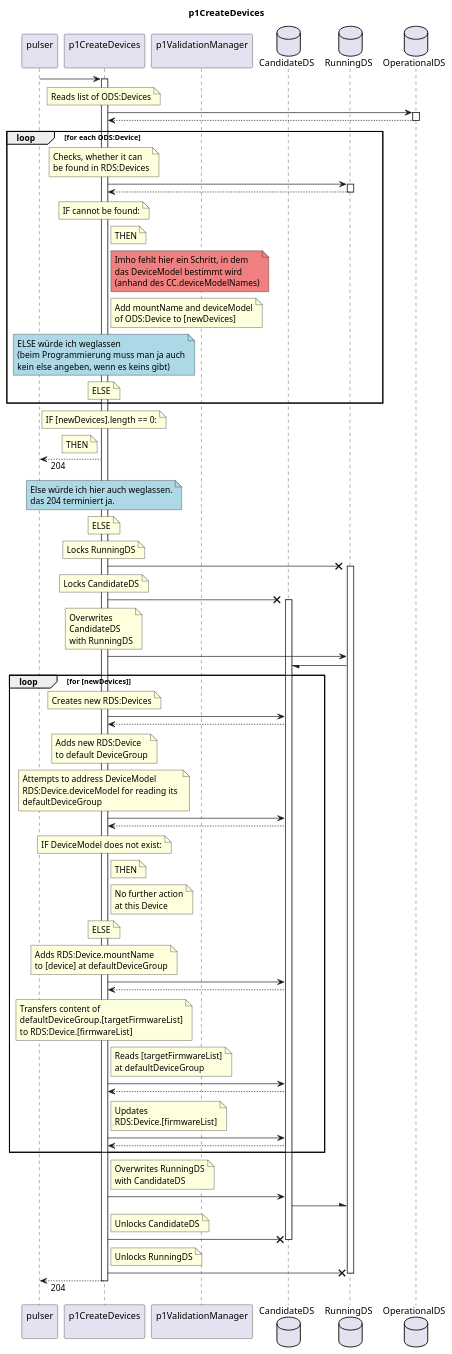
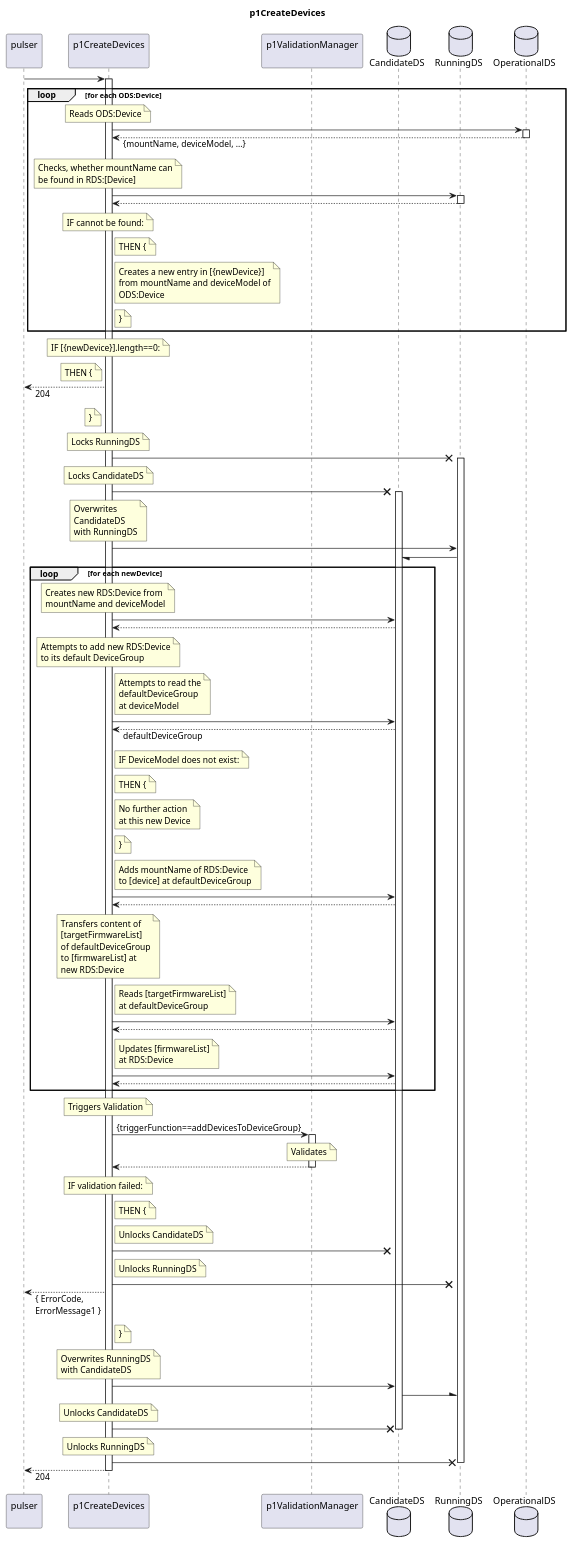
Before and after one commit to openBackhaul/FirmWareManager: the diagram in spec/Functions/Interpretation/p1CreateDevices/1.0.0/p1CreateDevices.plantuml, drawn with PlantUML. The commit also changed 36 other files, not shown here.

Commit message:
Finalize sequence diagrams of interpretation functions

```diff
--- a/spec/Functions/Interpretation/p1CreateDevices/1.0.0/p1CreateDevices.plantuml
+++ b/spec/Functions/Interpretation/p1CreateDevices/1.0.0/p1CreateDevices.plantuml
@@ -1,178 +1,187 @@
 @startuml p1CreateDevices
 skinparam responseMessageBelowArrow true
 
 title
   p1CreateDevices
 end title
 
-participant "pulser\n" as pulser
-participant "p1CreateDevices\n" as cur
+participant "pulser\n" as requestor
+participant "p1CreateDevices\n" as indServ
 participant "p1ValidationManager\n" as valiMan
 database "CandidateDS" as CanDS
 database "RunningDS" as RunDS
 database "OperationalDS" as OpDS
 
+requestor -> indServ
+activate indServ
 
-pulser -> cur
-activate cur
-
-  ' Read devices from ODS
-  note over cur
-    Reads list of ODS:Devices
-  end note
-  cur -> OpDS
-  activate OpDS
-  cur <-- OpDS
-  deactivate OpDS
-
-
-  ' Loop over ODS devices, add them to [newDevices]
   loop for each ODS:Device
-    note over cur
-      Checks, whether it can
-      be found in RDS:Devices
+    note over indServ
+      Reads ODS:Device
     end note
-    cur -> RunDS
+    indServ -> OpDS
+    activate OpDS
+    indServ <-- OpDS: {mountName, deviceModel, ...}
+    deactivate OpDS
+    note over indServ
+      Checks, whether mountName can
+      be found in RDS:[Device]
+    end note
+    indServ -> RunDS
     activate RunDS
-    cur <-- RunDS
+    indServ <-- RunDS
     deactivate RunDS
-    note over cur
+    note over indServ
       IF cannot be found:
     end note
-    note right cur
-      THEN
+    note right indServ
+      THEN {
     end note
-    note right cur #LightCoral
-      Imho fehlt hier ein Schritt, in dem
-      das DeviceModel bestimmt wird
-      (anhand des CC.deviceModelNames)
+    note right indServ
+      Creates a new entry in [{newDevice}]
+      from mountName and deviceModel of
+      ODS:Device
     end note
-
-    note right cur
-      Add mountName and deviceModel
-      of ODS:Device to [newDevices]
-    end note
-    note over cur #lightBlue
-      ELSE würde ich weglassen
-      (beim Programmierung muss man ja auch
-      kein else angeben, wenn es keins gibt)
-    end note
-    note over cur
-      ELSE
+    note right indServ
+      }
     end note
   end loop
-  note over cur
-    IF [newDevices].length == 0:
+  note over indServ
+    IF [{newDevice}].length==0:
   end note
-  note left cur
-    THEN
+  note left indServ
+    THEN {
   end note
-  pulser <-- cur: 204
-  note over cur #lightBlue
-    Else würde ich hier auch weglassen.
-    das 204 terminiert ja.
-  end note
-  note over cur
-    ELSE
+  requestor <-- indServ: 204
+  note left indServ
+    }
   end note  
 
-  ' Lock DataStores and copy RDS to CDS
-  note over cur
+  note over indServ
     Locks RunningDS
   end note
-  cur -X RunDS
+  indServ -X RunDS
   activate RunDS
-  note over cur
+  note over indServ
     Locks CandidateDS
   end note
-  cur -X CanDS
+  indServ -X CanDS
   activate CanDS
-  note over cur
+  note over indServ
     Overwrites
     CandidateDS
     with RunningDS
   end note
-  cur -> RunDS
+  indServ -> RunDS
   RunDS -/ CanDS
 
-  ' Create new devices in RDS
-  loop for [newDevices]
-    note over cur
-      Creates new RDS:Devices
+  loop for each newDevice
+    note over indServ
+      Creates new RDS:Device from
+      mountName and deviceModel
     end note
-    cur -> CanDS
-    cur <-- CanDS
+    indServ -> CanDS
+    indServ <-- CanDS
 
-    note over cur
-      Adds new RDS:Device
-      to default DeviceGroup
+    note over indServ
+      Attempts to add new RDS:Device
+      to its default DeviceGroup
     end note
-    note over cur
-      Attempts to address DeviceModel
-      RDS:Device.deviceModel for reading its 
+    note right indServ
+      Attempts to read the
       defaultDeviceGroup
+      at deviceModel
     end note
-    cur -> CanDS
-    cur <-- CanDS
-    note over cur
+    indServ -> CanDS
+    indServ <-- CanDS: defaultDeviceGroup
+    note right indServ
       IF DeviceModel does not exist:
     end note
-    note right cur
-      THEN
+    note right indServ
+      THEN {
     end note
-    note right cur
+    note right indServ
       No further action
-      at this Device
+      at this new Device
     end note
-    note over cur
-      ELSE
+    note right indServ
+      }
     end note
-    note over cur
-      Adds RDS:Device.mountName
+    note right indServ
+      Adds mountName of RDS:Device
       to [device] at defaultDeviceGroup
     end note
-    cur -> CanDS
-    cur <-- CanDS
-
-    note over cur
+    indServ -> CanDS
+    indServ <-- CanDS
+ 
+    note over indServ
       Transfers content of
-      defaultDeviceGroup.[targetFirmwareList]
-      to RDS:Device.[firmwareList]
+      [targetFirmwareList]
+      of defaultDeviceGroup
+      to [firmwareList] at
+      new RDS:Device
     end note
-
-    note right cur
+    note right indServ
       Reads [targetFirmwareList]
       at defaultDeviceGroup
     end note
-    cur -> CanDS
-    cur <-- CanDS
-    note right cur
-      Updates
-      RDS:Device.[firmwareList]
+    indServ -> CanDS
+    indServ <-- CanDS
+    note right indServ
+      Updates [firmwareList]
+      at RDS:Device
     end note
-    cur -> CanDS
-    cur <-- CanDS
+    indServ -> CanDS
+    indServ <-- CanDS
   end loop
 
-  ' Write changes from CDS to RDS and unlock DataStores
-  note right cur
+  note over indServ
+    Triggers Validation
+  end note
+  indServ -> valiMan: {triggerFunction==addDevicesToDeviceGroup}
+  activate valiMan
+    note over valiMan
+      Validates
+    end note
+  indServ <-- valiMan
+  deactivate valiMan
+  note over indServ
+    IF validation failed:
+  end note
+  note right indServ
+    THEN {
+  end note
+  note right indServ
+    Unlocks CandidateDS
+  end note
+  indServ -X CanDS
+  note right indServ
+    Unlocks RunningDS
+  end note
+  indServ -X RunDS
+  requestor <-- indServ: { ErrorCode,\nErrorMessage1 }
+  note right indServ
+    }
+  end note
+
+  note over indServ
     Overwrites RunningDS
     with CandidateDS
   end note
-  cur -> CanDS
+  indServ -> CanDS
   CanDS -\ RunDS
-  note right cur
+  note over indServ
     Unlocks CandidateDS
   end note
-  cur -X CanDS
+  indServ -X CanDS
   deactivate CanDS
-  note right cur
+  note over indServ
     Unlocks RunningDS
   end note
-  cur -X RunDS
+  indServ -X RunDS
   deactivate RunDS
 
-pulser <-- cur: 204
-deactivate cur
+requestor <-- indServ: 204
+deactivate indServ
 
 @enduml
```
